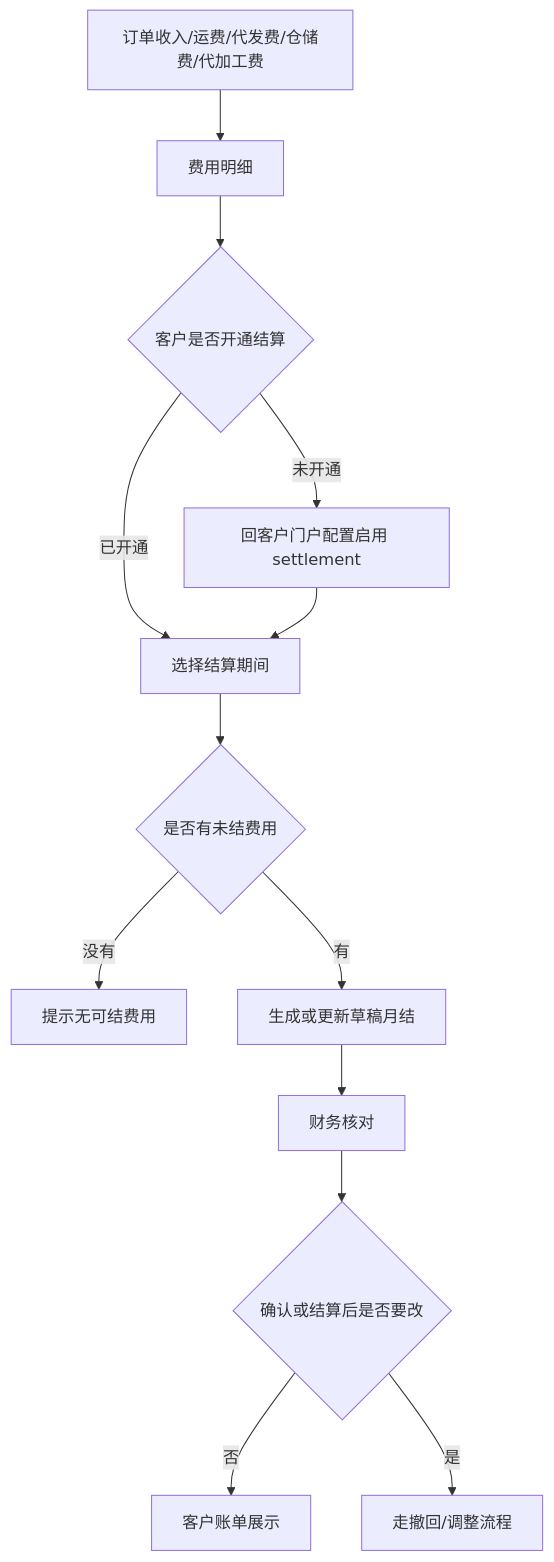
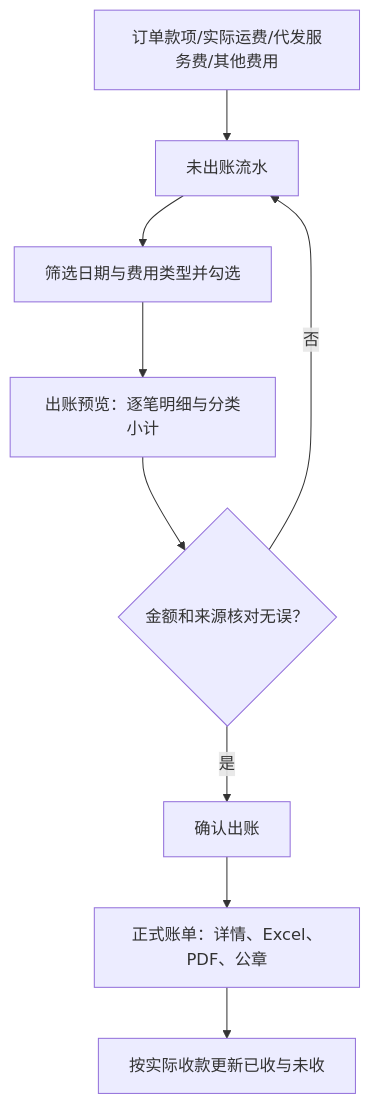
One commit to Backstage2539/KFerp changed the seventh of 9 diagrams in orderapp-remote/docs/OP_MANUAL_CUSTOMER_FULFILLMENT.md. Above: the diagram before and after it, drawn with Mermaid. The commit also changed other lines of this file and 24 other files, not shown here.

````diff
--- a/orderapp-remote/docs/OP_MANUAL_CUSTOMER_FULFILLMENT.md
+++ b/orderapp-remote/docs/OP_MANUAL_CUSTOMER_FULFILLMENT.md
@@ -215,15 +215,11 @@
 ```mermaid
 flowchart TD
-  A["订单收入/运费/代发费/仓储费/代加工费"] --> B["费用明细"]
-  B --> C{"客户是否开通结算"}
-  C -->|未开通| D["回客户门户配置启用 settlement"]
-  C -->|已开通| E["选择结算期间"]
-  D --> E
-  E --> F{"是否有未结费用"}
-  F -->|没有| G["提示无可结费用"]
-  F -->|有| H["生成或更新草稿月结"]
-  H --> I["财务核对"]
-  I --> J{"确认或结算后是否要改"}
-  J -->|否| K["客户账单展示"]
-  J -->|是| L["走撤回/调整流程"]
+  A["订单款项/实际运费/代发服务费/其他费用"] --> B["未出账流水"]
+  B --> C["筛选日期与费用类型并勾选"]
+  C --> D["出账预览：逐笔明细与分类小计"]
+  D --> E{"金额和来源核对无误？"}
+  E -->|否| B
+  E -->|是| F["确认出账"]
+  F --> G["正式账单：详情、Excel、PDF、公章"]
+  G --> H["按实际收款更新已收与未收"]
 ```
````
